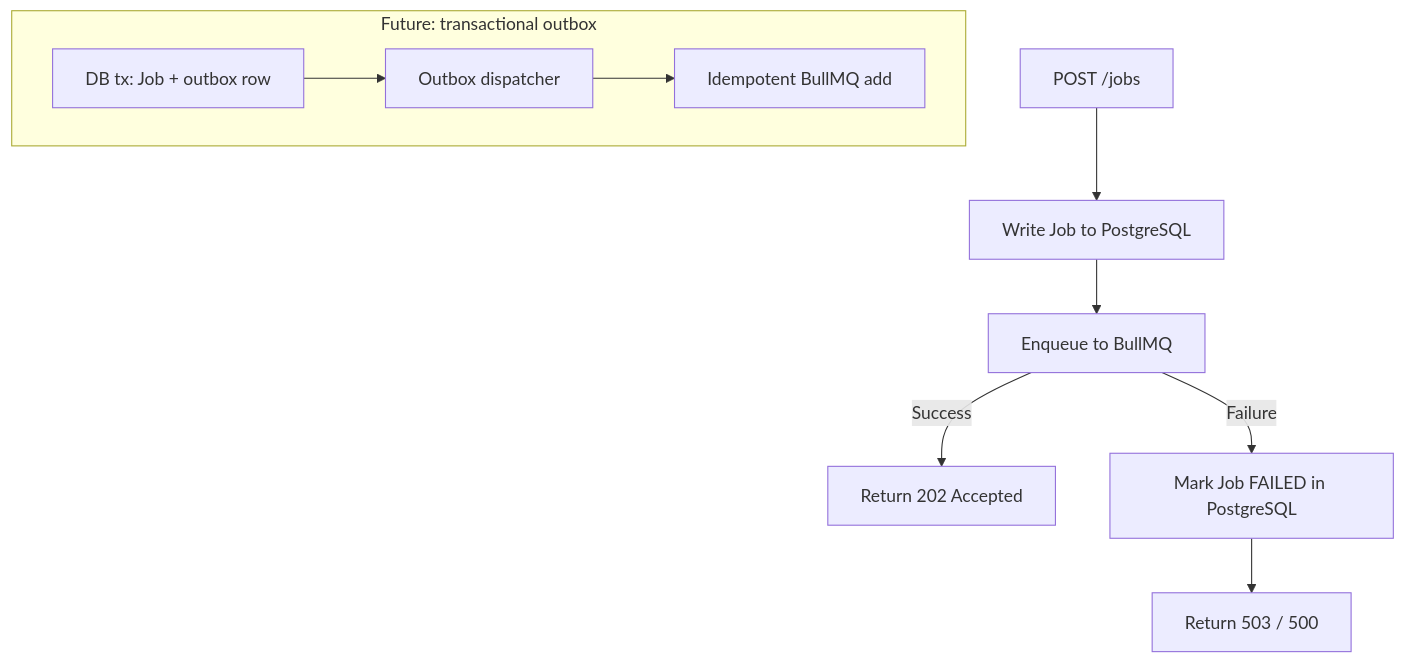
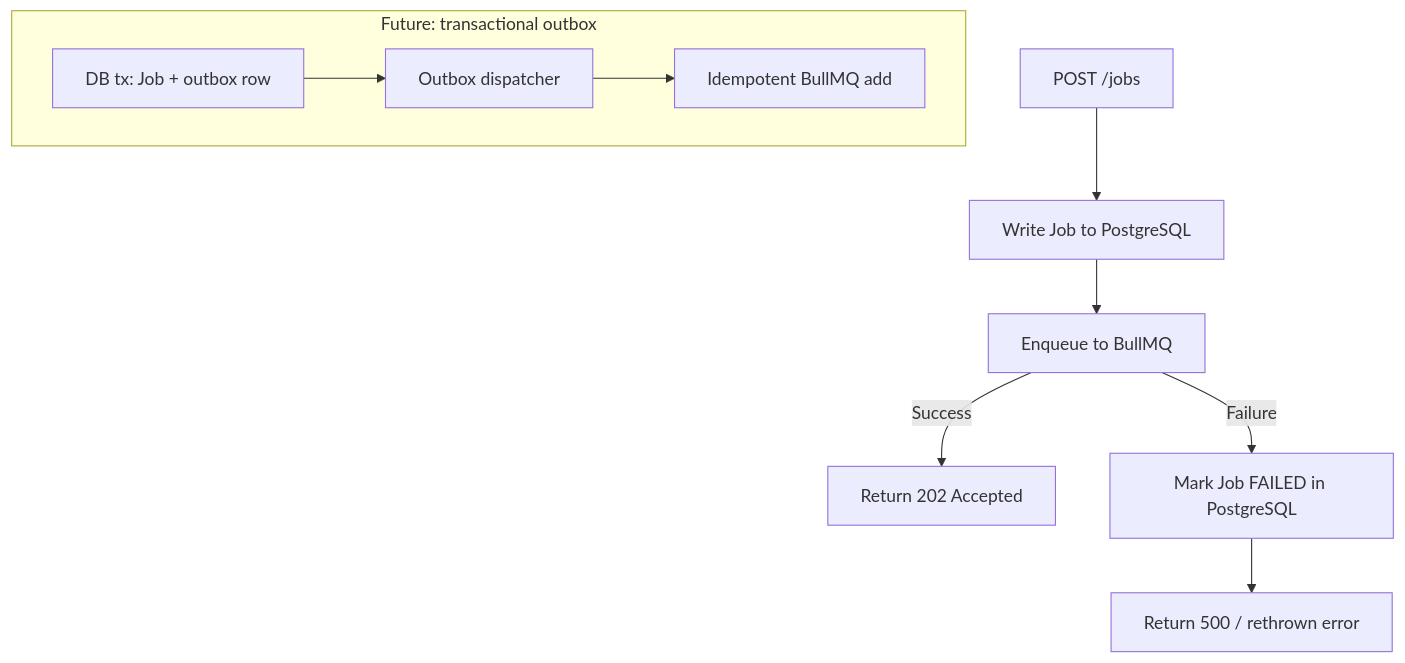
The sixth of 7 diagrams in docs/DESIGN.md (poonammohata/async-job-processing-platform), drawn with Mermaid before and after one commit. The commit also changed other lines of this file and 5 other files, not shown here.

````diff
--- a/docs/DESIGN.md
+++ b/docs/DESIGN.md
@@ -667,22 +684,22 @@
 ```mermaid
 flowchart TD
     Request[POST /jobs]
     PGWrite[Write Job to PostgreSQL]
     Enqueue[Enqueue to BullMQ]
     Success[Return 202 Accepted]
     EnqueueFail[Mark Job FAILED in PostgreSQL]
-    InfraError[Return 503 / 500]
+    InfraError[Return 500 / rethrown error]
 
     Request --> PGWrite
     PGWrite --> Enqueue
     Enqueue -->|Success| Success
     Enqueue -->|Failure| EnqueueFail
     EnqueueFail --> InfraError
 
     subgraph Future[Future: transactional outbox]
         OutboxTx[DB tx: Job + outbox row]
         Dispatcher[Outbox dispatcher]
         IdempotentEnqueue[Idempotent BullMQ add]
         OutboxTx --> Dispatcher --> IdempotentEnqueue
     end
 ```
````
